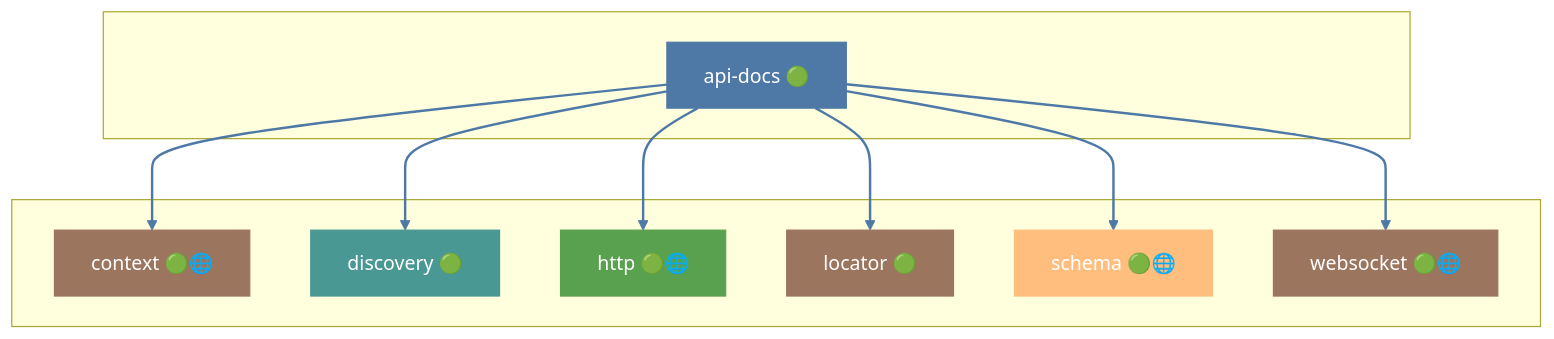
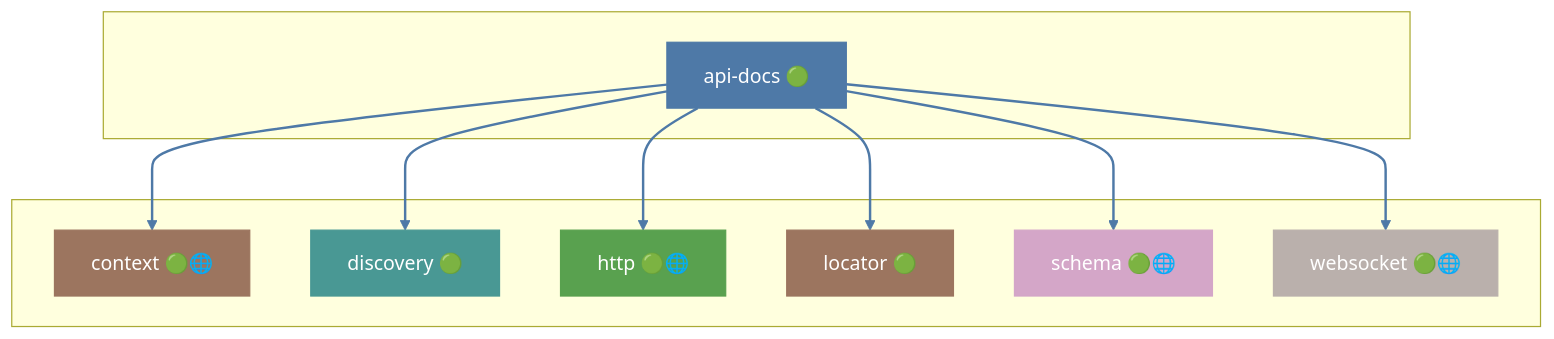
The second of 47 diagrams in docs/DEPENDENCIES.md (grest-ts/grest-ts), drawn with Mermaid before and after one commit. The commit also changed other lines of this file and 27 other files, not shown here.

````diff
--- a/docs/DEPENDENCIES.md
+++ b/docs/DEPENDENCIES.md
@@ -441,33 +435,33 @@
 ```mermaid
 flowchart TB
     subgraph Package[" "]
         api-docs["api-docs 🟢"]
     end
     subgraph Dependencies[" "]
         context["context 🟢🌐"]
         discovery["discovery 🟢"]
         http["http 🟢🌐"]
         locator["locator 🟢"]
         schema["schema 🟢🌐"]
         websocket["websocket 🟢🌐"]
     end
     api-docs --> context
     api-docs --> discovery
     api-docs --> http
     api-docs --> locator
     api-docs --> schema
     api-docs --> websocket
     style api-docs fill:#4E79A7,stroke:#4E79A7,color:#fff
     style context fill:#9C755F,stroke:#9C755F,color:#fff
     style discovery fill:#499894,stroke:#499894,color:#fff
     style http fill:#59A14F,stroke:#59A14F,color:#fff
     style locator fill:#9C755F,stroke:#9C755F,color:#fff
-    style schema fill:#FFBE7D,stroke:#FFBE7D,color:#fff
-    style websocket fill:#9C755F,stroke:#9C755F,color:#fff
+    style schema fill:#D4A6C8,stroke:#D4A6C8,color:#fff
+    style websocket fill:#BAB0AC,stroke:#BAB0AC,color:#fff
     linkStyle 0 stroke:#4E79A7,stroke-width:2px
     linkStyle 1 stroke:#4E79A7,stroke-width:2px
     linkStyle 2 stroke:#4E79A7,stroke-width:2px
     linkStyle 3 stroke:#4E79A7,stroke-width:2px
     linkStyle 4 stroke:#4E79A7,stroke-width:2px
     linkStyle 5 stroke:#4E79A7,stroke-width:2px
 ```
````
